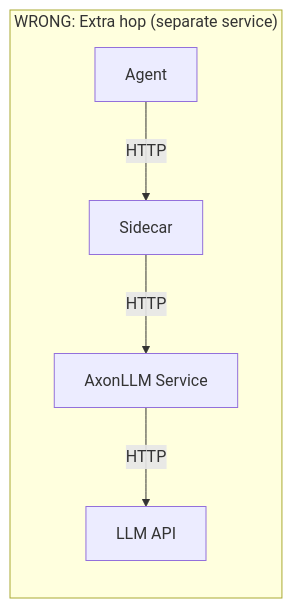
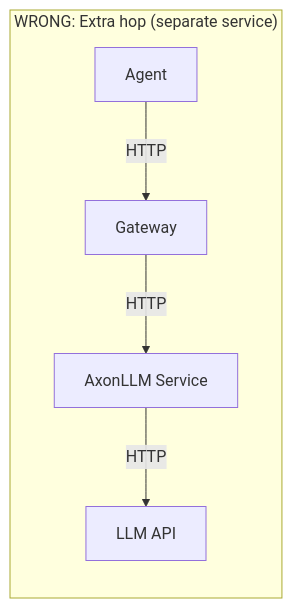
One commit to hk-775/ostiari changed diagram 17 of 41 in docs/gateway-architecture.md. Above: the diagram before and after it, drawn with Mermaid. The commit also changed other lines of this file and 21 other files, not shown here.

````diff
--- a/docs/gateway-architecture.md
+++ b/docs/gateway-architecture.md
@@ -1337,8 +1752,8 @@
 ```mermaid
 graph LR
     subgraph "WRONG: Extra hop (separate service)"
-        A1[Agent] -->|HTTP| S1[Sidecar]
+        A1[Agent] -->|HTTP| S1[Gateway]
         S1 -->|HTTP| AX1[AxonLLM Service]
         AX1 -->|HTTP| LLM1[LLM API]
     end
 ```
````
